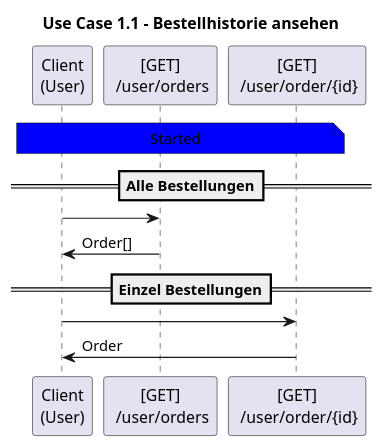
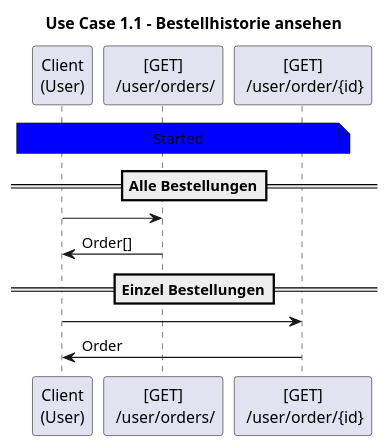
One commit to Mankianer/TresenSystem changed the third of 7 diagrams in docs/api-sequence-diagram/UseCase/Use-Case_1.puml. Above: the diagram before and after it, drawn with PlantUML. The commit also changed other lines of this file, not shown here.

```diff
--- a/docs/api-sequence-diagram/UseCase/Use-Case_1.puml
+++ b/docs/api-sequence-diagram/UseCase/Use-Case_1.puml
@@ -20,10 +20,10 @@
 @startuml
 title Use Case 1.1 - Bestellhistorie ansehen
 note across #blue: Started
 ==Alle Bestellungen==
-"Client\n(User)" -> "[GET]\n /user/orders":
-"Client\n(User)" <- "[GET]\n /user/orders": Order[]
+"Client\n(User)" -> "[GET]\n /user/orders/":
+"Client\n(User)" <- "[GET]\n /user/orders/": Order[]
 ==Einzel Bestellungen==
 "Client\n(User)" -> "[GET]\n /user/order/{id}":
 "Client\n(User)" <- "[GET]\n /user/order/{id}": Order
 @enduml
```
